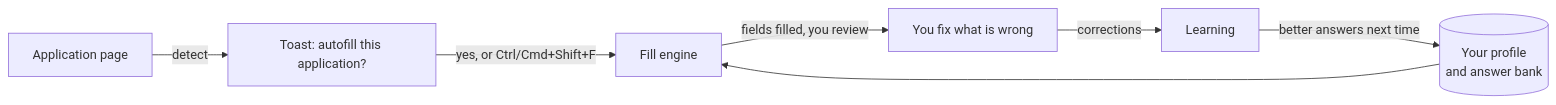
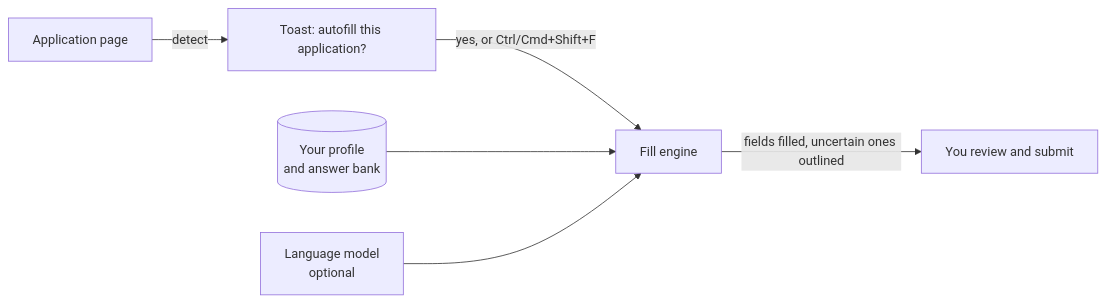
The diagram in README.md (FindMalek/skiffr), drawn with Mermaid before and after one commit. The commit also changed other lines of this file and 15 other files, not shown here.

````diff
--- a/README.md
+++ b/README.md
@@ -44,9 +64,8 @@
 ```mermaid
 flowchart LR
   A[Application page] -->|detect| B[Toast: autofill this application?]
   B -->|yes, or Ctrl/Cmd+Shift+F| C[Fill engine]
   P[(Your profile<br/>and answer bank)] --> C
-  C -->|fields filled, you review| D[You fix what is wrong]
-  D -->|corrections| L[Learning]
-  L -->|better answers next time| P
+  M[Language model<br/>optional] --> C
+  C -->|fields filled, uncertain ones outlined| D[You review and submit]
 ```
````
